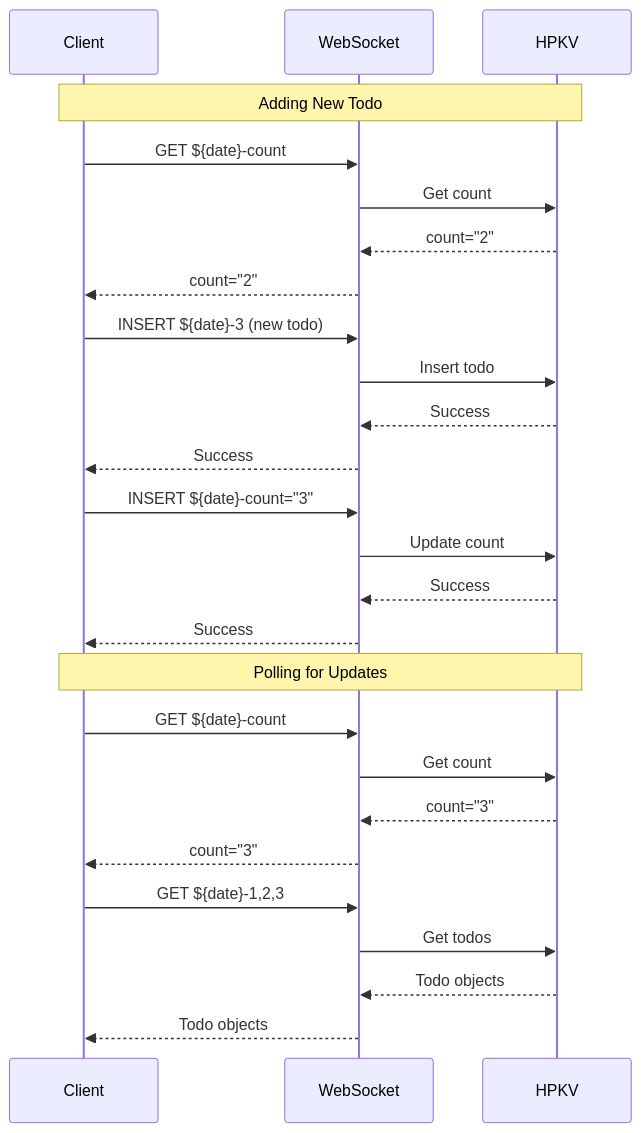
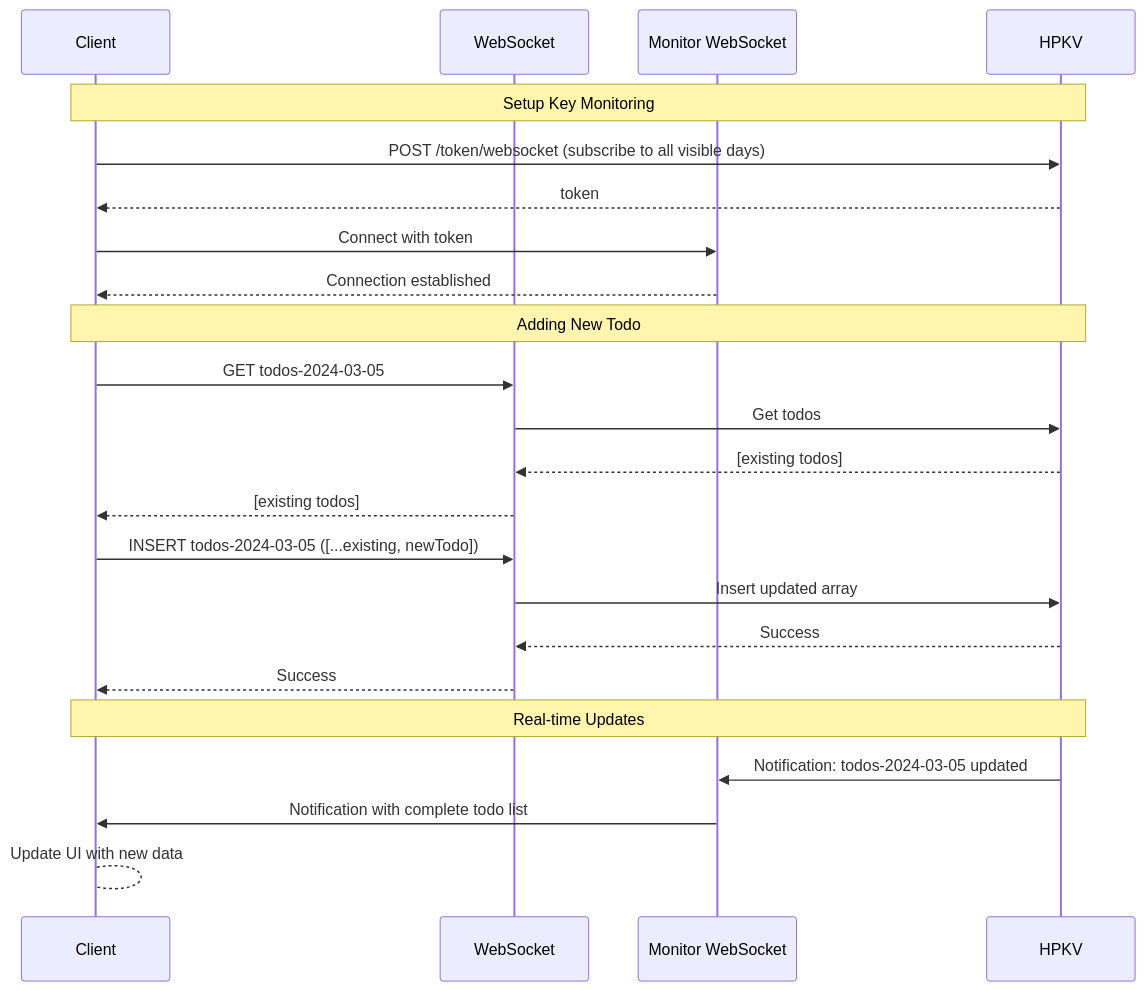
Before and after one commit to hpkv-io/showcase-ws-todo: the diagram in README.md, drawn with Mermaid. The commit also changed other lines of this file and 1 other file, not shown here.

Commit message:
Implement real-time key monitoring and simplify todo data storage

````diff
--- a/README.md
+++ b/README.md
@@ -149,32 +189,31 @@
    ```mermaid
    sequenceDiagram
        participant C as Client
        participant WS as WebSocket
+       participant MWS as Monitor WebSocket
        participant HPKV as HPKV
+
+       %% Setup monitoring
+       Note over C,HPKV: Setup Key Monitoring
+       C->>HPKV: POST /token/websocket (subscribe to all visible days)
+       HPKV-->>C: token
+       C->>MWS: Connect with token
+       MWS-->>C: Connection established
 
        %% Adding new todo
        Note over C,HPKV: Adding New Todo
-       C->>WS: GET ${date}-count
-       WS->>HPKV: Get count
-       HPKV-->>WS: count="2"
-       WS-->>C: count="2"
-       C->>WS: INSERT ${date}-3 (new todo)
-       WS->>HPKV: Insert todo
-       HPKV-->>WS: Success
-       WS-->>C: Success
-       C->>WS: INSERT ${date}-count="3"
-       WS->>HPKV: Update count
+       C->>WS: GET todos-2024-03-05
+       WS->>HPKV: Get todos
+       HPKV-->>WS: [existing todos]
+       WS-->>C: [existing todos]
+       C->>WS: INSERT todos-2024-03-05 ([...existing, newTodo])
+       WS->>HPKV: Insert updated array
        HPKV-->>WS: Success
        WS-->>C: Success
 
-       %% Polling for updates
-       Note over C,HPKV: Polling for Updates
-       C->>WS: GET ${date}-count
-       WS->>HPKV: Get count
-       HPKV-->>WS: count="3"
-       WS-->>C: count="3"
-       C->>WS: GET ${date}-1,2,3
-       WS->>HPKV: Get todos
-       HPKV-->>WS: Todo objects
-       WS-->>C: Todo objects
+       %% Real-time updates via monitoring
+       Note over C,HPKV: Real-time Updates
+       HPKV->>MWS: Notification: todos-2024-03-05 updated
+       MWS->>C: Notification with complete todo list
+       C-->C: Update UI with new data
    ```
````
